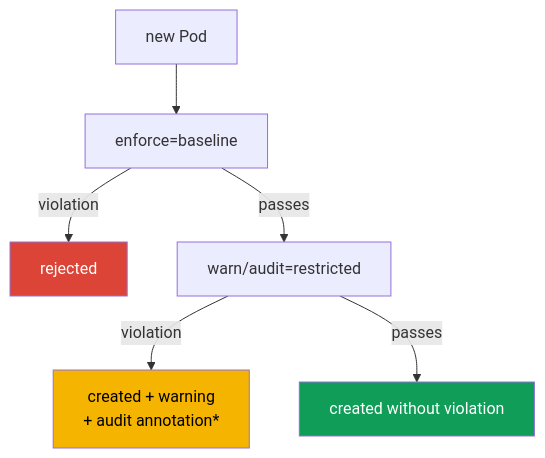
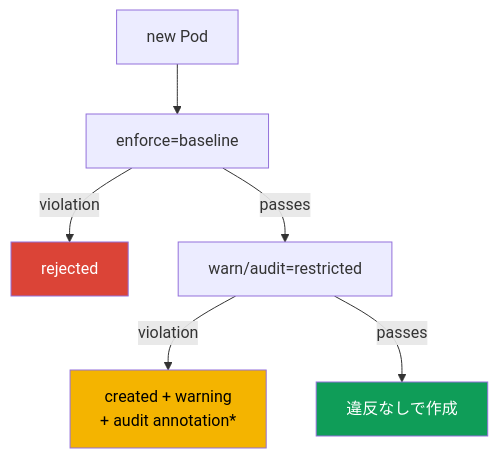
Before and after one commit to ViktorUJ/cks: the second of 2 diagrams in tasks/cks/course/19/jp.md, drawn with Mermaid. The commit also changed other lines of this file and 280 other files, not shown here.

````diff
--- a/tasks/cks/course/19/jp.md
+++ b/tasks/cks/course/19/jp.md
@@ -135,11 +135,11 @@
 ```mermaid
 flowchart TB
     pod["new Pod"] --> base["enforce=baseline"]
     base -->|"violation"| rejected["rejected"]
     base -->|"passes"| strict["warn/audit=restricted"]
     strict -->|"violation"| admitted["created + warning<br/>+ audit annotation*"]
-    strict -->|"passes"| clean["created without violation"]
+    strict -->|"passes"| clean["違反なしで作成"]
     style rejected fill:#db4437,color:#fff
     style admitted fill:#f4b400,color:#000
     style clean fill:#0f9d58,color:#fff
 ```
````
